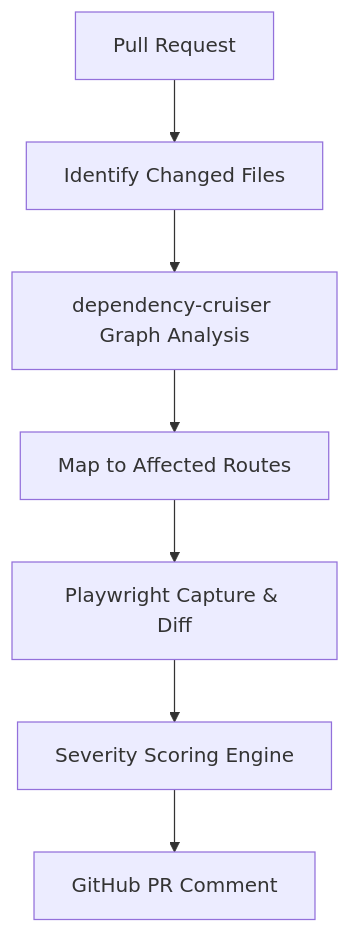
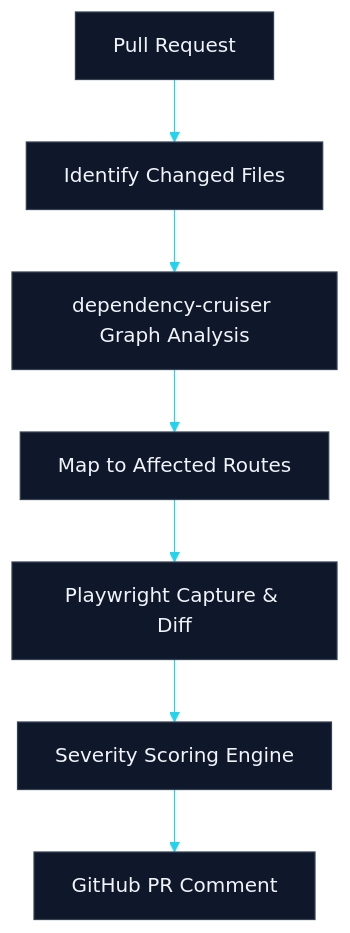
One commit to arii/tech-dancer changed the diagram in content/studies/deployment-impact-analyzer.md. Above: the diagram before and after it, drawn with Mermaid. The commit also changed 4 other files, not shown here.

````diff
--- a/content/studies/deployment-impact-analyzer.md
+++ b/content/studies/deployment-impact-analyzer.md
@@ -26,9 +26,10 @@
 ```mermaid
+%%{init: {'theme': 'base', 'themeVariables': { 'primaryColor': '#0f172a', 'primaryTextColor': '#f1f5f9', 'primaryBorderColor': '#334155', 'lineColor': '#22d3ee', 'secondaryColor': '#1e293b', 'tertiaryColor': '#0f172a' }}}%%
 flowchart TD
   PR[Pull Request] --> Diff[Identify Changed Files]
   Diff --> Graph[dependency-cruiser Graph Analysis]
   Graph --> Routes[Map to Affected Routes]
   Routes --> Playwright[Playwright Capture & Diff]
   Playwright --> Scoring[Severity Scoring Engine]
   Scoring --> Report[GitHub PR Comment]
 ```
````
